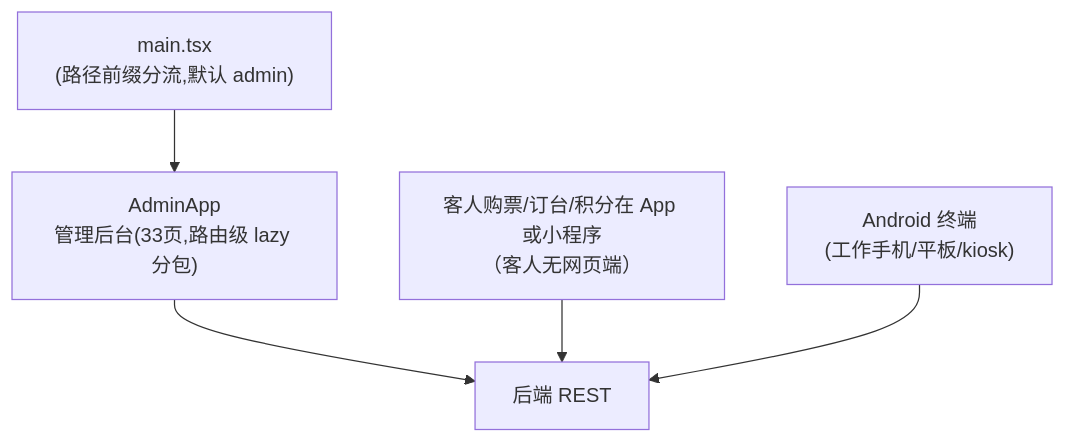
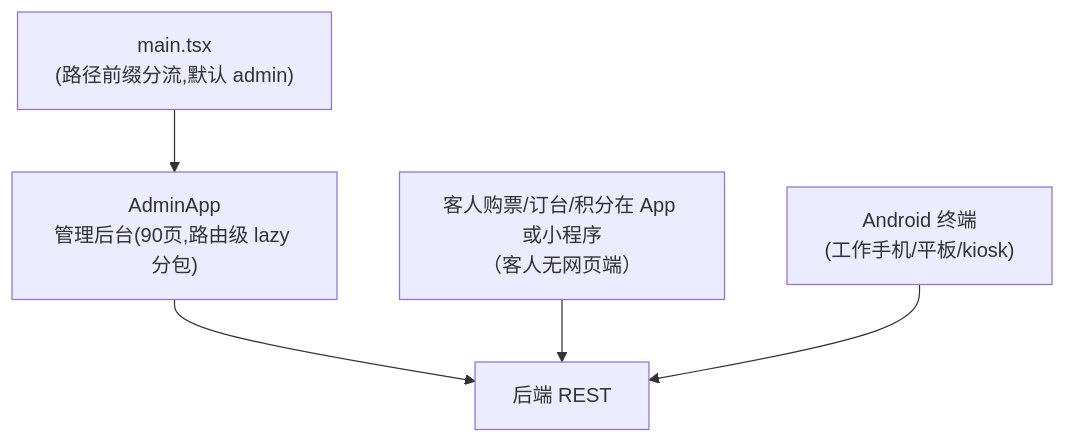
The fifth of 5 diagrams in docs/architecture-overview-v0.1.md (jxh1979/mall), drawn with Mermaid before and after one commit. The commit also changed other lines of this file and 11 other files, not shown here.

Commit message:
docs: 收口 M02 业务分层与总图文档出处对齐

````diff
--- a/docs/architecture-overview-v0.1.md
+++ b/docs/architecture-overview-v0.1.md
@@ -132,9 +137,9 @@
 ```mermaid
 graph TB
   MAIN["main.tsx<br/>(路径前缀分流,默认 admin)"]
-  MAIN --> ADM["AdminApp<br/>管理后台(33页,路由级 lazy 分包)"]
+  MAIN --> ADM["AdminApp<br/>管理后台(90页,路由级 lazy 分包)"]
   CUST["客人购票/订台/积分在 App 或小程序<br/>（客人无网页端）"]
   ADM --> APIc["后端 REST"]
   CUST --> APIc
   ANDR["Android 终端<br/>(工作手机/平板/kiosk)"] --> APIc
 ```
````
